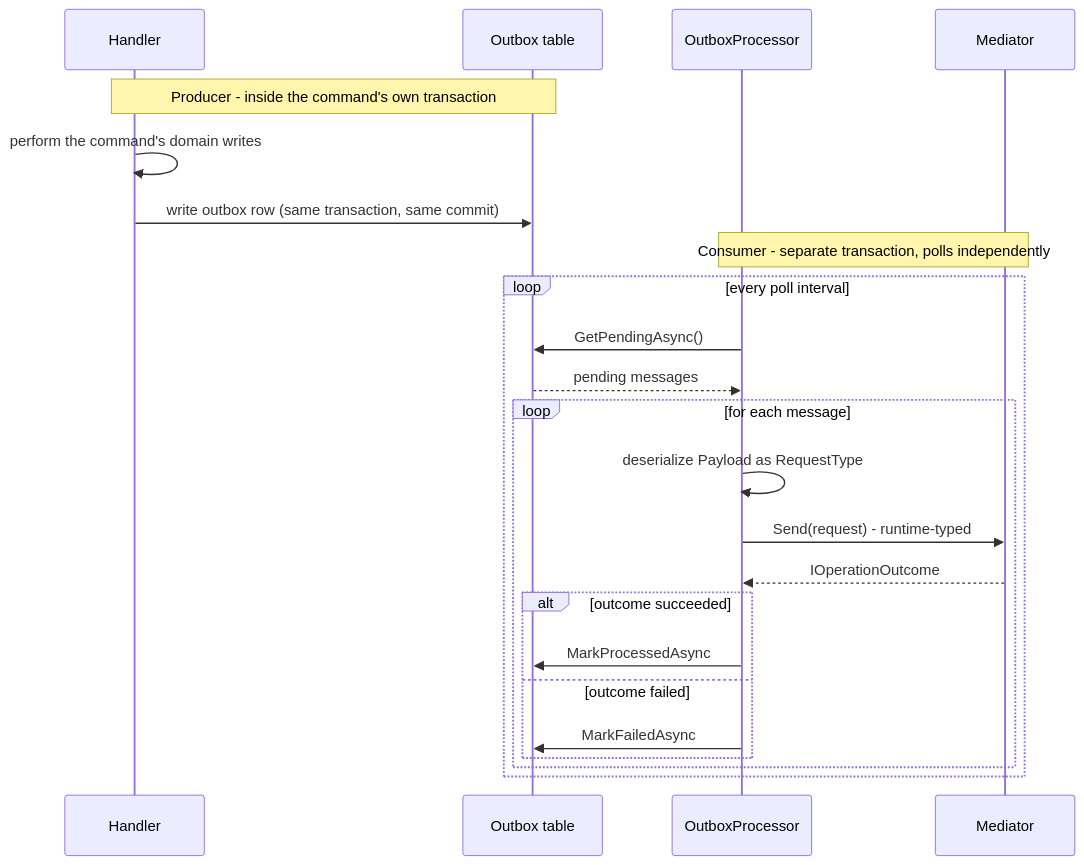
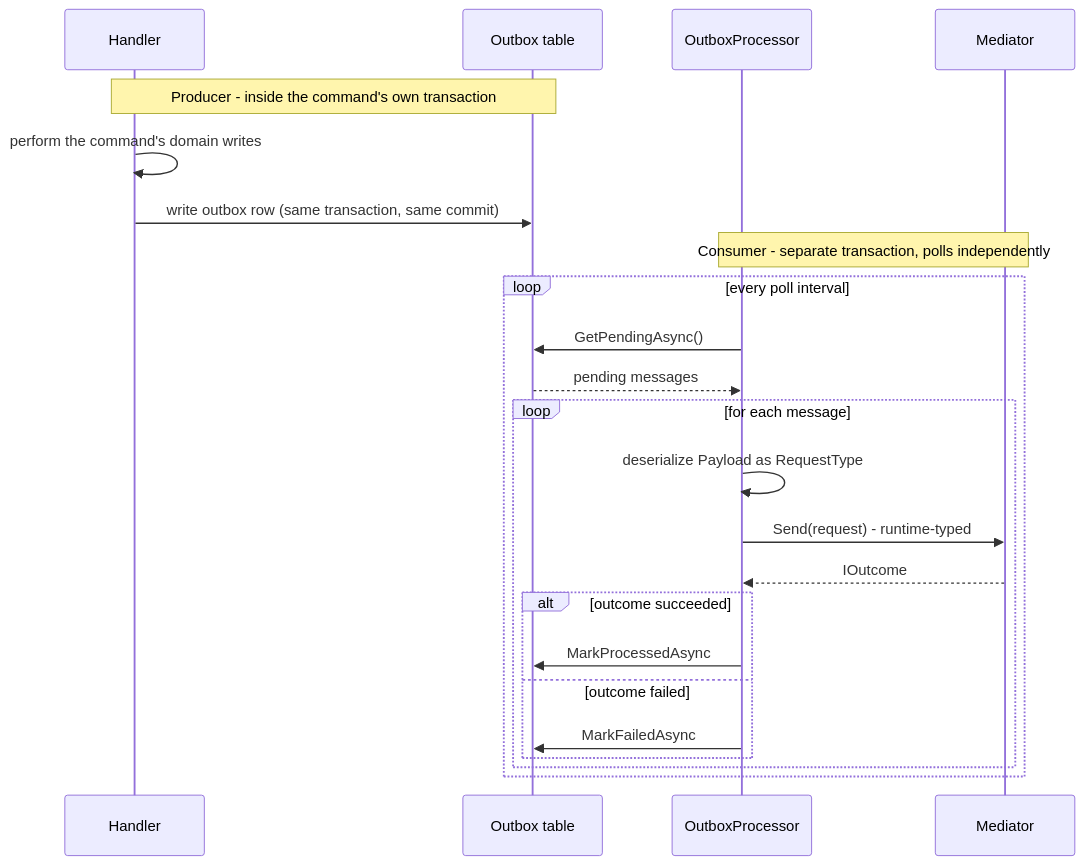
One commit to rheone/interlocutor changed the first of 2 diagrams in documentation/runtime-typed-dispatch.md. Above: the diagram before and after it, drawn with Mermaid. The commit also changed other lines of this file and 214 other files, not shown here.

First line of the commit message:
refactor: rename IOperationOutcome/OperationOutcome to IOutcome/Outcome

````diff
--- a/documentation/runtime-typed-dispatch.md
+++ b/documentation/runtime-typed-dispatch.md
@@ -51,27 +51,27 @@
 ```mermaid
 sequenceDiagram
     participant Handler
     participant OutboxTable as Outbox table
     participant Processor as OutboxProcessor
     participant Mediator
 
     Note over Handler,OutboxTable: Producer - inside the command's own transaction
     Handler->>Handler: perform the command's domain writes
     Handler->>OutboxTable: write outbox row (same transaction, same commit)
 
     Note over Processor,Mediator: Consumer - separate transaction, polls independently
     loop every poll interval
         Processor->>OutboxTable: GetPendingAsync()
         OutboxTable-->>Processor: pending messages
         loop for each message
             Processor->>Processor: deserialize Payload as RequestType
             Processor->>Mediator: Send(request) - runtime-typed
-            Mediator-->>Processor: IOperationOutcome
+            Mediator-->>Processor: IOutcome
             alt outcome succeeded
                 Processor->>OutboxTable: MarkProcessedAsync
             else outcome failed
                 Processor->>OutboxTable: MarkFailedAsync
             end
         end
     end
 ```
````
